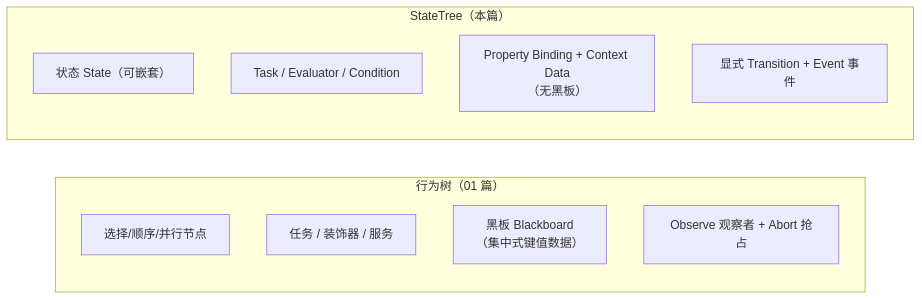
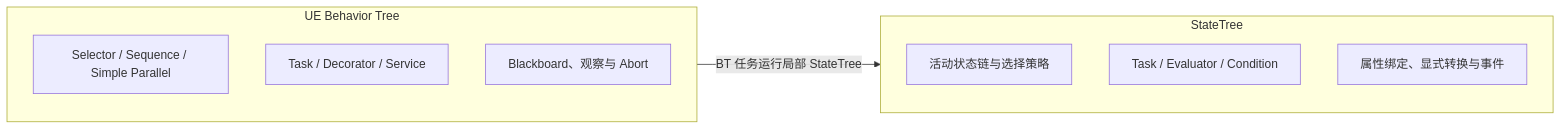
Before and after one commit to fantuan812/learning: the fifth of 5 diagrams in 知识/06-游戏AI/感知决策与行为规划/05-StateTree状态树.md, drawn with Mermaid. The commit also changed other lines of this file and 2 other files, not shown here.

Commit message:
docs: 纠正 UE 行为树与 StateTree 的执行和退出机制

````diff
--- a/知识/06-游戏AI/感知决策与行为规划/05-StateTree状态树.md
+++ b/知识/06-游戏AI/感知决策与行为规划/05-StateTree状态树.md
@@ -246,15 +608,14 @@
 ```mermaid
 flowchart LR
-    subgraph BT["行为树（01 篇）"]
-        BT1["选择/顺序/并行节点"]
-        BT2["任务 / 装饰器 / 服务"]
-        BT3["黑板 Blackboard<br/>（集中式键值数据）"]
-        BT4["Observe 观察者 + Abort 抢占"]
+    subgraph BT["UE Behavior Tree"]
+        B1["Selector / Sequence / Simple Parallel"]
+        B2["Task / Decorator / Service"]
+        B3["Blackboard、观察与 Abort"]
     end
-    subgraph ST["StateTree（本篇）"]
-        ST1["状态 State（可嵌套）"]
-        ST2["Task / Evaluator / Condition"]
-        ST3["Property Binding + Context Data<br/>（无黑板）"]
-        ST4["显式 Transition + Event 事件"]
+    subgraph ST["StateTree"]
+        S1["活动状态链与选择策略"]
+        S2["Task / Evaluator / Condition"]
+        S3["属性绑定、显式转换与事件"]
     end
+    BT -->|"BT 任务运行局部 StateTree"| ST
 ```
````
